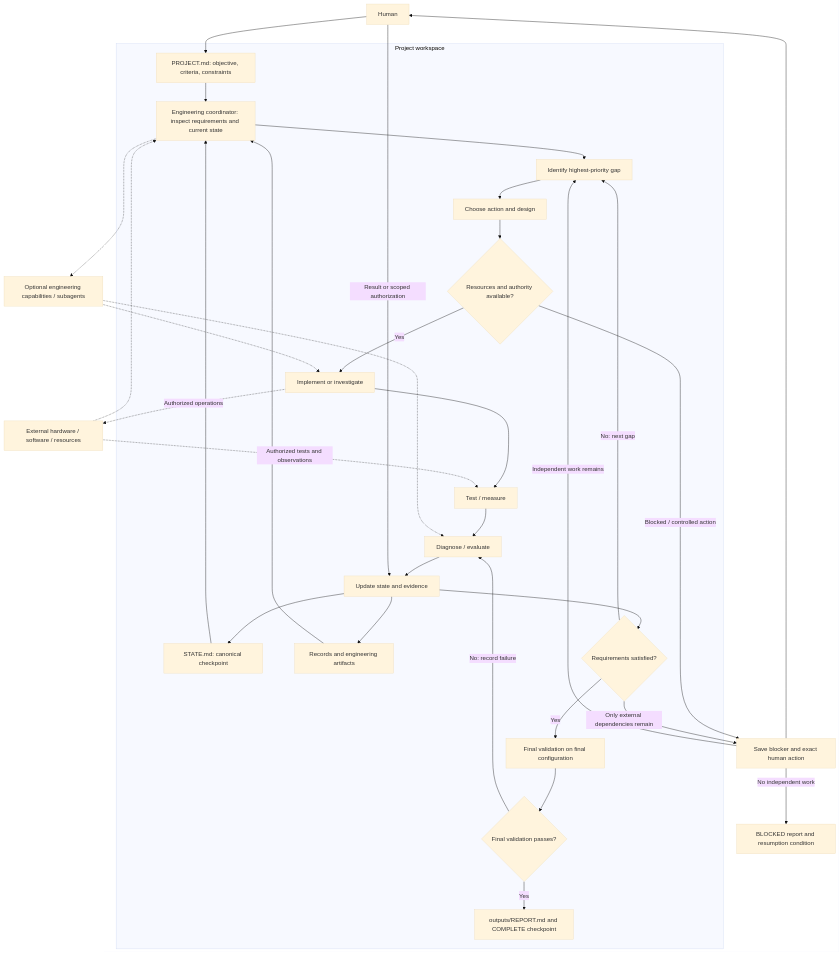
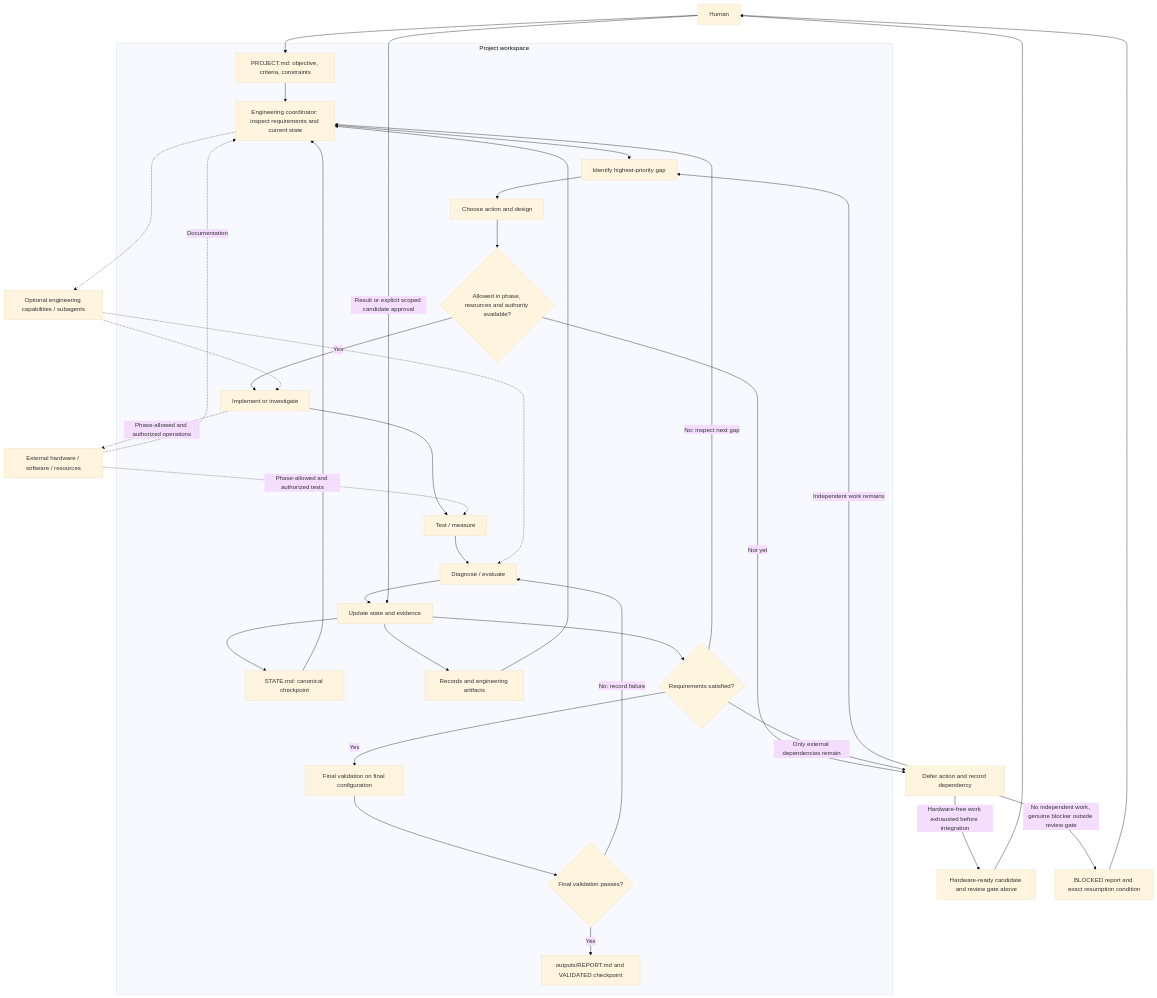
Before and after one commit to cct1123/agentic-engineering-template: the second of 2 diagrams in ARCHITECTURE.md, drawn with Mermaid (base theme). The commit also changed other lines of this file and 8 other files, not shown here.

Commit message:
Defer hardware integration until candidate review

````diff
--- a/ARCHITECTURE.md
+++ b/ARCHITECTURE.md
@@ -7,38 +43,40 @@
 ```mermaid
 flowchart TD
     H[Human] --> P[PROJECT.md: objective, criteria, constraints]
 
     subgraph W[Project workspace]
         P --> C[Engineering coordinator: inspect requirements and current state]
         S[STATE.md: canonical checkpoint] --> C
         E[Records and engineering artifacts] --> C
         C --> G[Identify highest-priority gap]
         G --> D[Choose action and design]
-        D --> A{Resources and authority available?}
+        D --> A{Allowed in phase, resources and authority available?}
         A -->|Yes| I[Implement or investigate]
         I --> T[Test / measure]
         T --> V[Diagnose / evaluate]
         V --> U[Update state and evidence]
         U --> S
         U --> E
         U --> Q{Requirements satisfied?}
-        Q -->|No: next gap| G
+        Q -->|No: inspect next gap| C
         Q -->|Yes| F[Final validation on final configuration]
         F --> K{Final validation passes?}
         K -->|No: record failure| V
-        K -->|Yes| O[outputs/REPORT.md and COMPLETE checkpoint]
+        K -->|Yes| O[outputs/REPORT.md and VALIDATED checkpoint]
     end
 
-    A -->|Blocked / controlled action| B[Save blocker and exact human action]
+    A -->|Not yet| B[Defer action and record dependency]
     Q -->|Only external dependencies remain| B
-    B --> H
-    H -->|Result or scoped authorization| U
     B -->|Independent work remains| G
-    B -->|No independent work| BO[BLOCKED report and resumption condition]
+    B -->|Hardware-free work exhausted before integration| RG[Hardware-ready candidate and review gate above]
+    B -->|No independent work, genuine blocker outside review gate| BO[BLOCKED report and exact resumption condition]
+    BO --> H
+    RG --> H
+    H -->|Result or explicit scoped candidate approval| U
     C -.-> X[Optional engineering capabilities / subagents]
     X -.-> I
     X -.-> V
-    R[External hardware / software / resources] -.-> C
-    I -.->|Authorized operations| R
-    R -.->|Authorized tests and observations| T
+    R[External hardware / software / resources] -.->|Documentation| C
+    I -.->|Phase-allowed and authorized operations| R
+    R -.->|Phase-allowed and authorized tests| T
 ```
````
